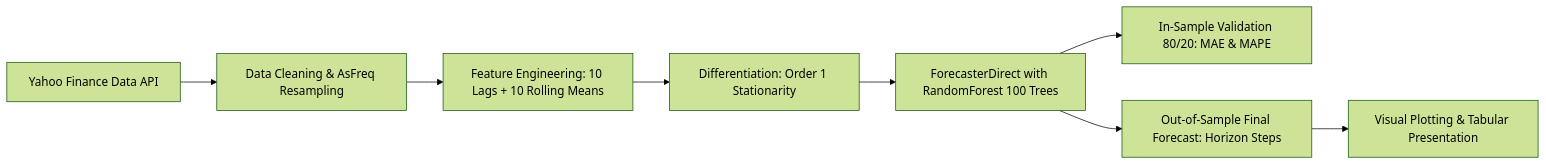
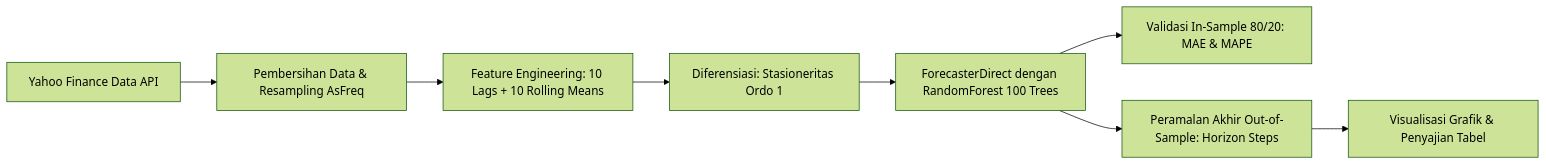
The diagram in README.md (Cahyo-Wisanggeni/Yahoo-Finance-Forecaster), drawn with Mermaid (forest theme) before and after one commit. The commit also changed other lines of this file and 6 other files, not shown here.

````diff
--- a/README.md
+++ b/README.md
@@ -58,10 +58,10 @@
 ```mermaid
 flowchart LR
-    A[Yahoo Finance Data API] --> B[Data Cleaning & AsFreq Resampling]
+    A[Yahoo Finance Data API] --> B[Pembersihan Data & Resampling AsFreq]
     B --> C[Feature Engineering: 10 Lags + 10 Rolling Means]
-    C --> D[Differentiation: Order 1 Stationarity]
-    D --> E[ForecasterDirect with RandomForest 100 Trees]
-    E --> F[In-Sample Validation 80/20: MAE & MAPE]
-    E --> G[Out-of-Sample Final Forecast: Horizon Steps]
-    G --> H[Visual Plotting & Tabular Presentation]
+    C --> D[Diferensiasi: Stasioneritas Ordo 1]
+    D --> E[ForecasterDirect dengan RandomForest 100 Trees]
+    E --> F[Validasi In-Sample 80/20: MAE & MAPE]
+    E --> G[Peramalan Akhir Out-of-Sample: Horizon Steps]
+    G --> H[Visualisasi Grafik & Penyajian Tabel]
 ```
````
